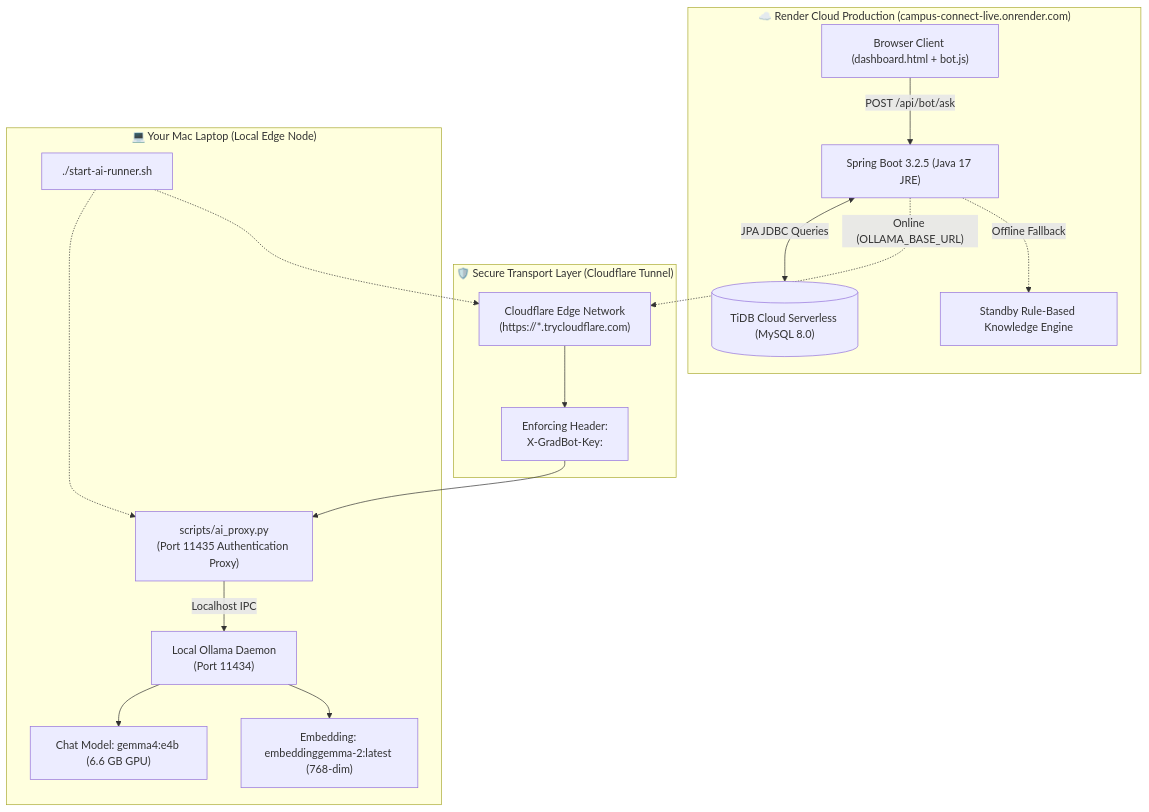
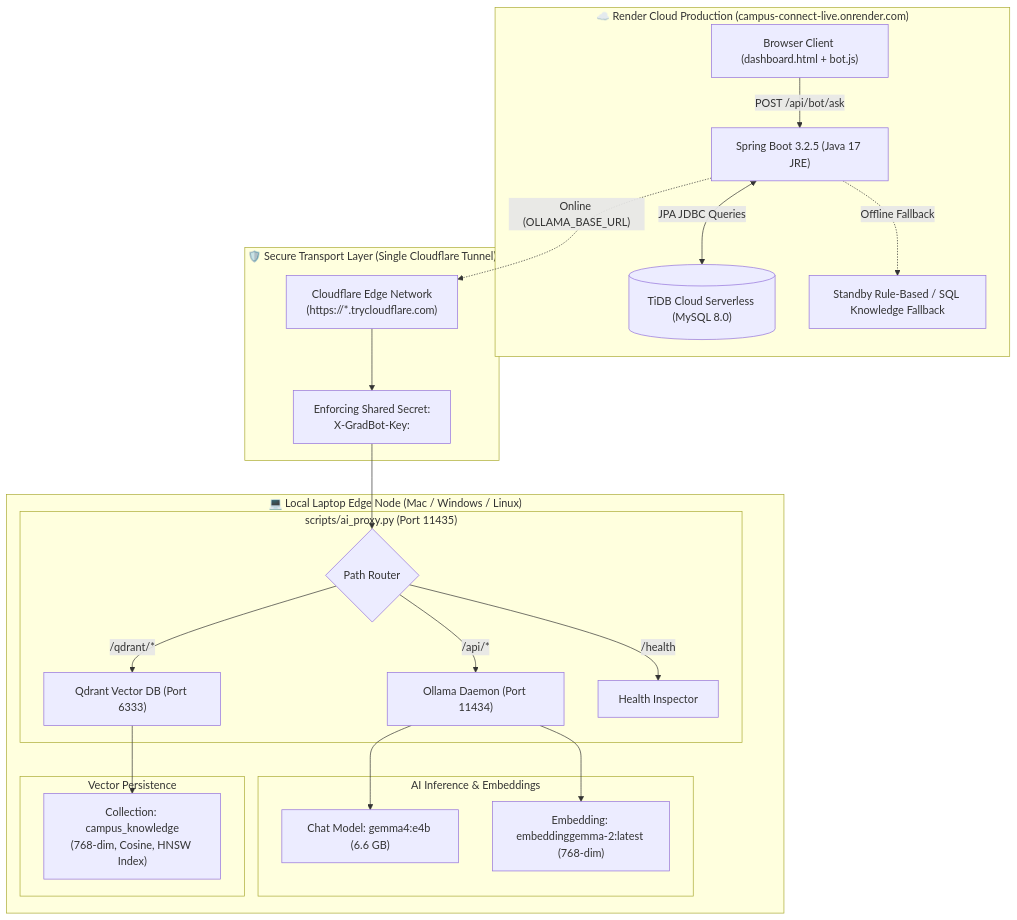
The diagram in docs/guides/local-ai-runner-guide.md (piyushgoel2808/campus-connect), drawn with Mermaid before and after one commit. The commit also changed other lines of this file and 9 other files, not shown here.

Commit message:
feat(docker): add cross-platform Docker AI runner, update compose with Qdrant, and comprehensive README docs

````diff
--- a/docs/guides/local-ai-runner-guide.md
+++ b/docs/guides/local-ai-runner-guide.md
@@ -28,37 +32,44 @@
 ```mermaid
 flowchart TB
     subgraph Cloud["☁️ Render Cloud Production (campus-connect-live.onrender.com)"]
         SPA["Browser Client (dashboard.html + bot.js)"]
         Backend["Spring Boot 3.2.5 (Java 17 JRE)"]
         TiDB[("TiDB Cloud Serverless (MySQL 8.0)")]
-        Fallback["Standby Rule-Based Knowledge Engine"]
+        Fallback["Standby Rule-Based / SQL Knowledge Fallback"]
     end
 
-    subgraph Tunnel["🛡️ Secure Transport Layer (Cloudflare Tunnel)"]
+    subgraph Tunnel["🛡️ Secure Transport Layer (Single Cloudflare Tunnel)"]
         CF["Cloudflare Edge Network\n(https://*.trycloudflare.com)"]
-        Header["Enforcing Header:\nX-GradBot-Key: <secret>"]
+        Header["Enforcing Shared Secret:\nX-GradBot-Key: <secret>"]
     end
 
-    subgraph Laptop["💻 Your Mac Laptop (Local Edge Node)"]
-        Runner["./start-ai-runner.sh"]
-        Proxy["scripts/ai_proxy.py\n(Port 11435 Authentication Proxy)"]
-        Ollama["Local Ollama Daemon\n(Port 11434)"]
-        ChatModel["Chat Model: gemma4:e4b (6.6 GB GPU)"]
-        EmbedModel["Embedding: embeddinggemma-2:latest (768-dim)"]
+    subgraph Laptop["💻 Local Laptop Edge Node (Mac / Windows / Linux)"]
+        subgraph ProxyBox["scripts/ai_proxy.py (Port 11435)"]
+            ProxyRouter{"Path Router"}
+            ProxyRouter -->|/api/*| Ollama["Ollama Daemon (Port 11434)"]
+            ProxyRouter -->|/qdrant/*| Qdrant["Qdrant Vector DB (Port 6333)"]
+            ProxyRouter -->|/health| HealthCheck["Health Inspector"]
+        end
+
+        subgraph AIModels["AI Inference & Embeddings"]
+            ChatModel["Chat Model: gemma4:e4b (6.6 GB)"]
+            EmbedModel["Embedding: embeddinggemma-2:latest (768-dim)"]
+            Ollama --> ChatModel
+            Ollama --> EmbedModel
+        end
+
+        subgraph VectorStore["Vector Persistence"]
+            Collection["Collection: campus_knowledge\n(768-dim, Cosine, HNSW Index)"]
+            Qdrant --> Collection
+        end
     end
 
     SPA -->|POST /api/bot/ask| Backend
     Backend <-->|JPA JDBC Queries| TiDB
     
     Backend -.->|"Online (OLLAMA_BASE_URL)"| CF
     CF --> Header
-    Header --> Proxy
-    Proxy -->|Localhost IPC| Ollama
-    Ollama --> ChatModel
-    Ollama --> EmbedModel
+    Header --> ProxyRouter
 
     Backend -.->|"Offline Fallback"| Fallback
-
-    Runner -.-> Proxy
-    Runner -.-> CF
 ```
````
